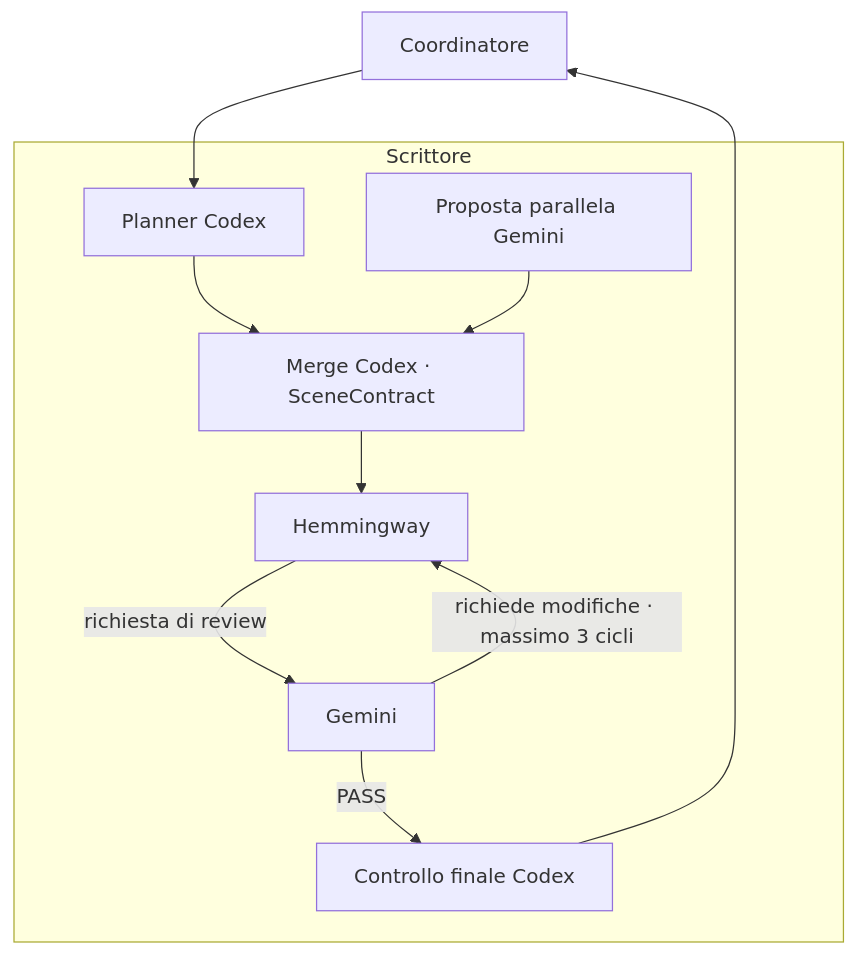
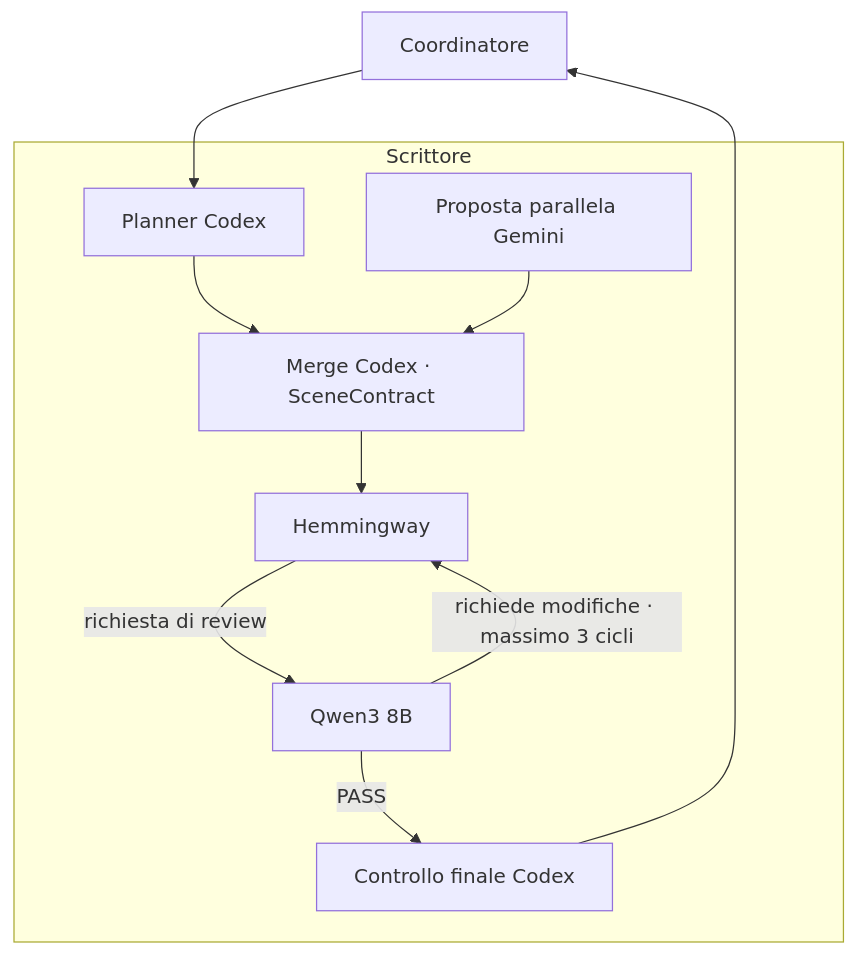
One commit to DRincs-Productions/LM-Studio changed the third of 9 diagrams in README.md. Above: the diagram before and after it, drawn with Mermaid.

Commit message:
docs: retain local Qwen3 8B for narrative review

````diff
--- a/README.md
+++ b/README.md
@@ -100,20 +100,20 @@
 ```mermaid
 flowchart TD
     C[Coordinatore]
     subgraph SCRITTORE[Scrittore]
         P[Planner Codex]
         Q[Proposta parallela Gemini]
         M[Merge Codex · SceneContract]
         W[Hemmingway]
-        R[Gemini]
+        R[Qwen3 8B]
         X[Controllo finale Codex]
         P --> M
         Q --> M
         M --> W
         W -->|richiesta di review| R
         R -->|richiede modifiche · massimo 3 cicli| W
         R -->|PASS| X
     end
     C --> P
     X --> C
 ```
````
